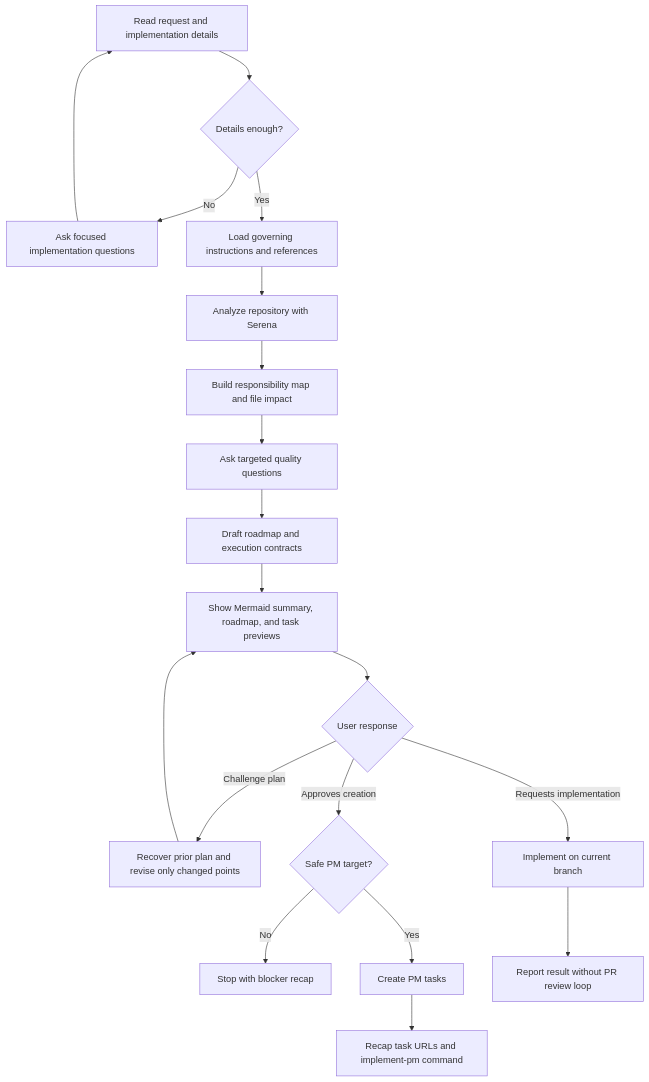
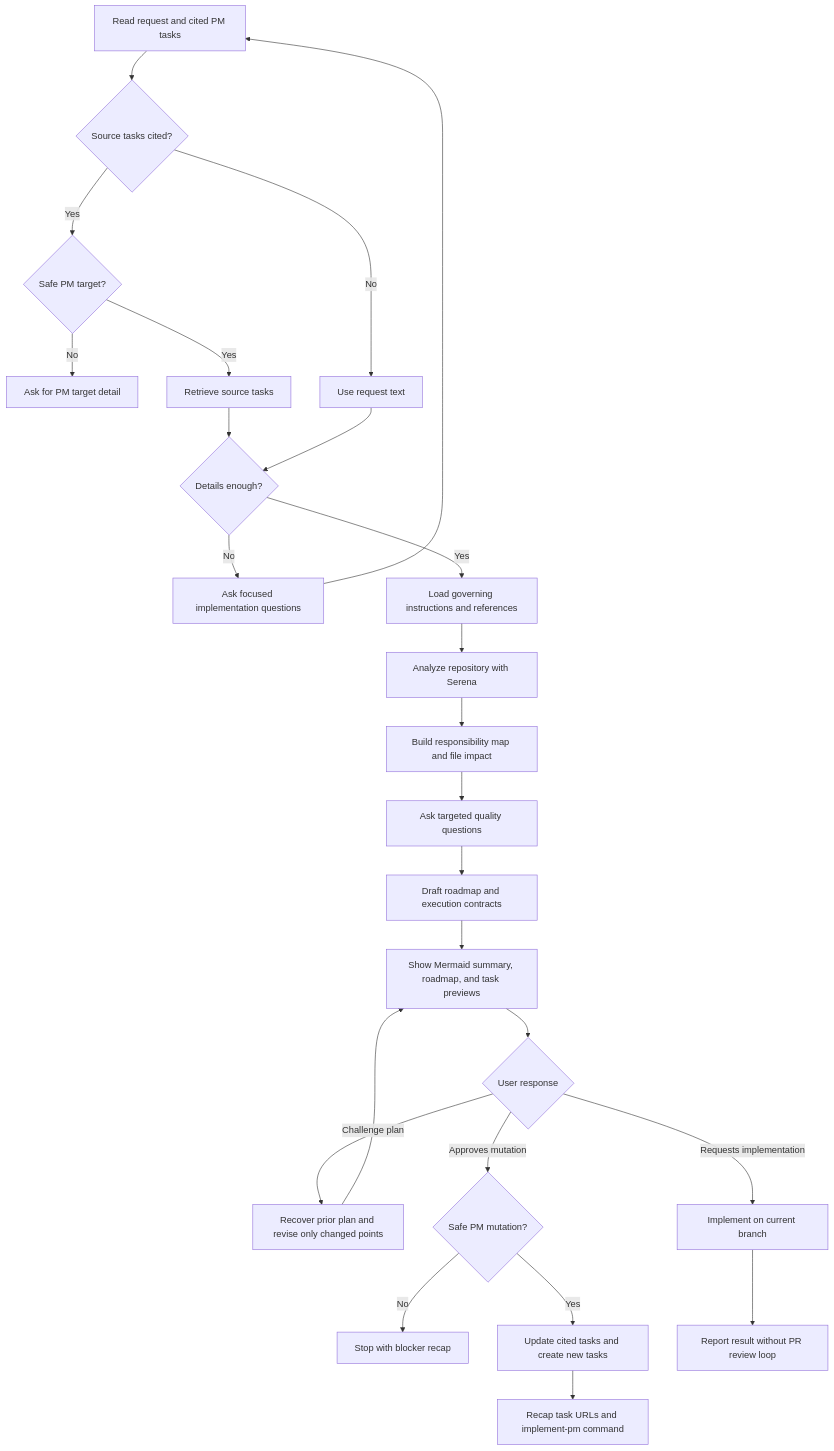
The diagram in skills/feed-pm/SKILL.md (mvagnon/plan-based-agentic-workflow), drawn with Mermaid before and after one commit. The commit also changed other lines of this file and 5 other files, not shown here.

````diff
--- a/skills/feed-pm/SKILL.md
+++ b/skills/feed-pm/SKILL.md
@@ -30,21 +30,27 @@
 ```mermaid
 flowchart TD
-  A[Read request and implementation details] --> B{Details enough?}
-  B -->|No| C[Ask focused implementation questions]
-  C --> A
-  B -->|Yes| D[Load governing instructions and references]
-  D --> E[Analyze repository with Serena]
-  E --> F[Build responsibility map and file impact]
-  F --> G[Ask targeted quality questions]
-  G --> H[Draft roadmap and execution contracts]
-  H --> I[Show Mermaid summary, roadmap, and task previews]
-  I --> J{User response}
-  J -->|Challenge plan| K[Recover prior plan and revise only changed points]
-  K --> I
-  J -->|Approves creation| L{Safe PM target?}
-  L -->|No| M[Stop with blocker recap]
-  L -->|Yes| N[Create PM tasks]
-  N --> O[Recap task URLs and implement-pm command]
-  J -->|Requests implementation| P[Implement on current branch]
-  P --> Q[Report result without PR review loop]
+  A[Read request and cited PM tasks] --> B{Source tasks cited?}
+  B -->|Yes| C{Safe PM target?}
+  C -->|No| D[Ask for PM target detail]
+  C -->|Yes| E[Retrieve source tasks]
+  B -->|No| F[Use request text]
+  E --> G{Details enough?}
+  F --> G
+  G -->|No| H[Ask focused implementation questions]
+  H --> A
+  G -->|Yes| I[Load governing instructions and references]
+  I --> J[Analyze repository with Serena]
+  J --> K[Build responsibility map and file impact]
+  K --> L[Ask targeted quality questions]
+  L --> M[Draft roadmap and execution contracts]
+  M --> N[Show Mermaid summary, roadmap, and task previews]
+  N --> O{User response}
+  O -->|Challenge plan| P[Recover prior plan and revise only changed points]
+  P --> N
+  O -->|Approves mutation| Q{Safe PM mutation?}
+  Q -->|No| R[Stop with blocker recap]
+  Q -->|Yes| S[Update cited tasks and create new tasks]
+  S --> T[Recap task URLs and implement-pm command]
+  O -->|Requests implementation| U[Implement on current branch]
+  U --> V[Report result without PR review loop]
 ```
````
